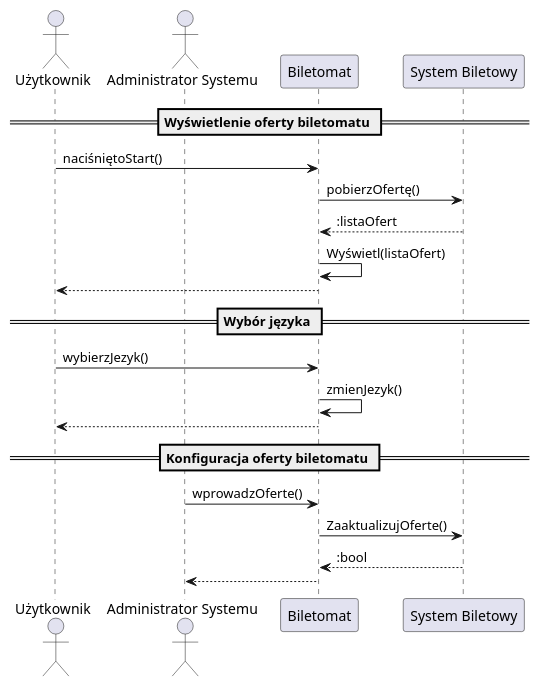
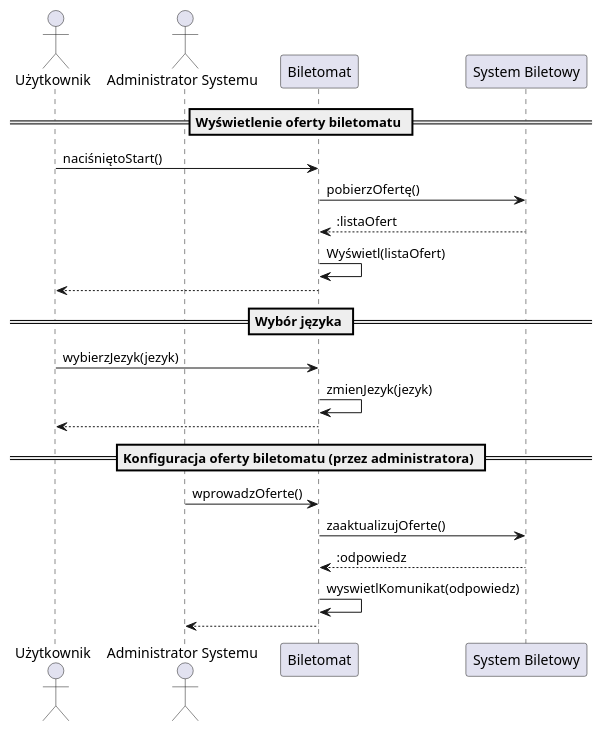
One commit to janszopa/Biletomat-ZTM changed the diagram in sequenceDiagram.puml. Above: the diagram before and after it, drawn with PlantUML.

```diff
--- a/sequenceDiagram.puml
+++ b/sequenceDiagram.puml
@@ -1,26 +1,28 @@
+@startuml
 actor User as "Użytkownik"
 actor Admin as "Administrator Systemu"
 participant TicketMachine as "Biletomat"
 participant TicketSystem as "System Biletowy"
 
 == Wyświetlenie oferty biletomatu ==
 
 User -> TicketMachine : naciśniętoStart()
 TicketMachine -> TicketSystem : pobierzOfertę()
 TicketSystem --> TicketMachine : :listaOfert
 TicketMachine -> TicketMachine : Wyświetl(listaOfert)
 TicketMachine --> User
 
 == Wybór języka ==
 
-User -> TicketMachine : wybierzJezyk()
-TicketMachine -> TicketMachine : zmienJezyk()
+User -> TicketMachine : wybierzJezyk(jezyk)
+TicketMachine -> TicketMachine : zmienJezyk(jezyk)
 TicketMachine --> User
 
-== Konfiguracja oferty biletomatu ==
+== Konfiguracja oferty biletomatu (przez administratora) ==
 
 Admin -> TicketMachine : wprowadzOferte()
-TicketMachine -> TicketSystem : ZaaktualizujOferte()
-TicketSystem --> TicketMachine : :bool
+TicketMachine -> TicketSystem : zaaktualizujOferte()
+TicketSystem --> TicketMachine : :odpowiedz
+TicketMachine -> TicketMachine : wyswietlKomunikat(odpowiedz)
 TicketMachine --> Admin
 @enduml
```
